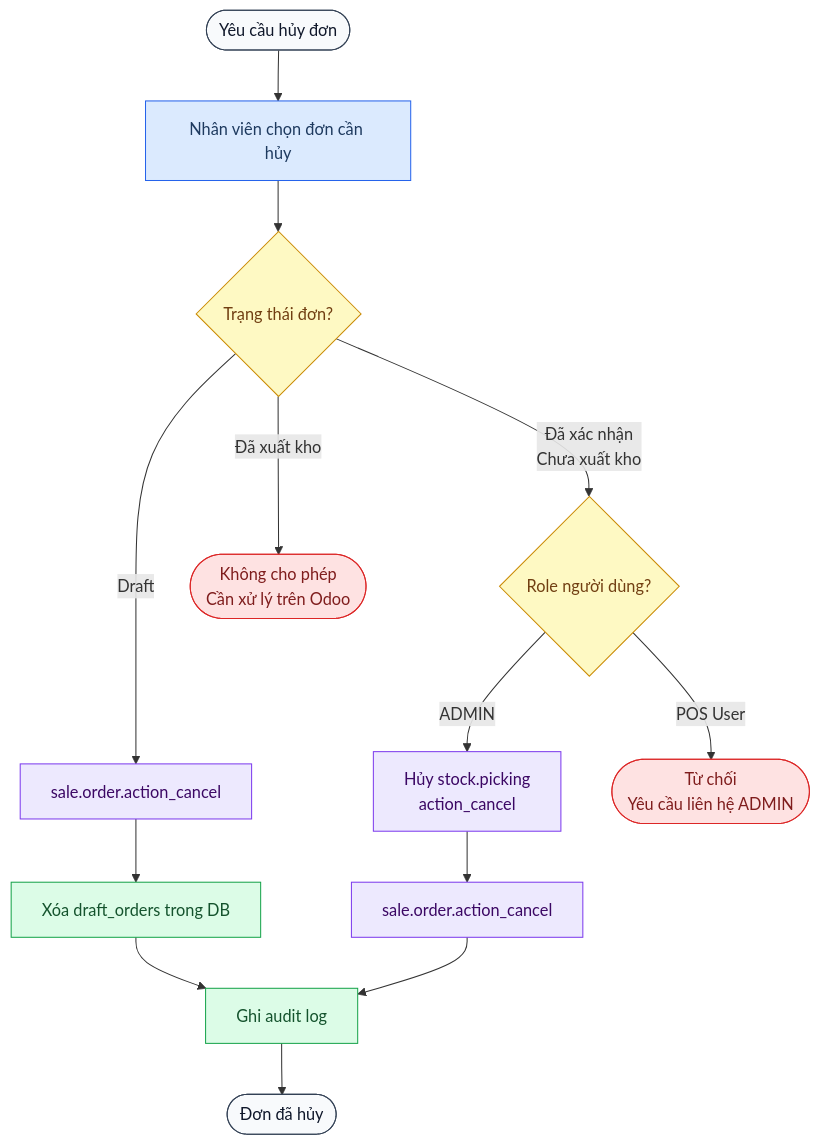
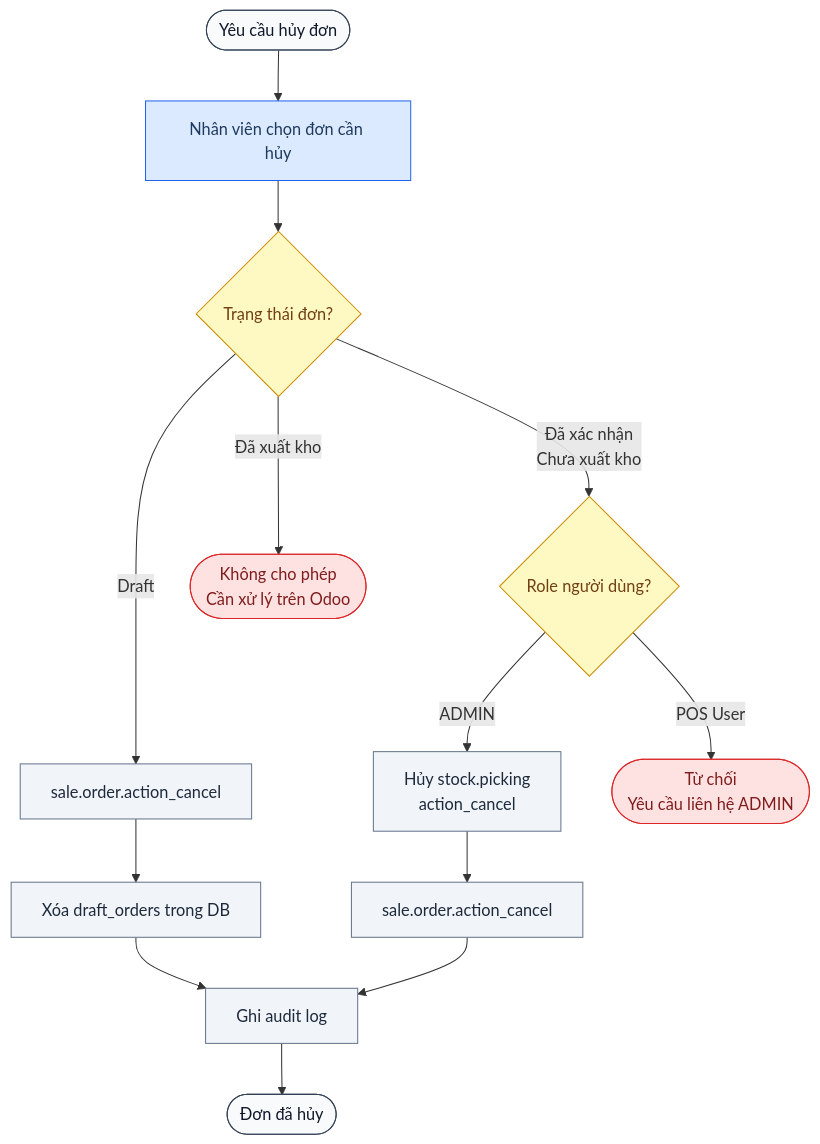
The fifth of 15 diagrams in process_flow.md (ngohuuduc/VJ_mobile_POS), drawn with Mermaid before and after one commit. The commit also changed other lines of this file and 2 other files, not shown here.

Commit message:
Update documentation: increment version and update last modified date for open questions, process flow, and scope documents

````diff
--- a/process_flow.md
+++ b/process_flow.md
@@ -213,23 +218,22 @@
 ```mermaid
 flowchart TD
     classDef user fill:#DBEAFE,stroke:#2563EB,color:#1e3a5f
     classDef system fill:#F1F5F9,stroke:#64748B,color:#1e293b
-    classDef odoo fill:#EDE9FE,stroke:#7C3AED,color:#3b0764
-    classDef db fill:#DCFCE7,stroke:#16A34A,color:#14532d
+    classDef accountant fill:#CCFBF1,stroke:#0D9488,color:#134E4A
     classDef decision fill:#FEF9C3,stroke:#CA8A04,color:#713f12
     classDef terminal fill:#F8FAFC,stroke:#334155,color:#0f172a
     classDef warning fill:#FEE2E2,stroke:#DC2626,color:#7f1d1d
 
     A([Yêu cầu hủy đơn]):::terminal --> B[Nhân viên chọn đơn cần hủy]:::user
     B --> C{Trạng thái đơn?}:::decision
-    C -- Draft --> D[sale.order.action_cancel]:::odoo
-    D --> E[Xóa draft_orders trong DB]:::db
-    E --> F[Ghi audit log]:::db
+    C -- Draft --> D[sale.order.action_cancel]:::system
+    D --> E[Xóa draft_orders trong DB]:::system
+    E --> F[Ghi audit log]:::system
     F --> G([Đơn đã hủy]):::terminal
     C -- Đã xác nhận\nChưa xuất kho --> H{Role người dùng?}:::decision
-    H -- ADMIN --> I[Hủy stock.picking\naction_cancel]:::odoo
-    I --> J[sale.order.action_cancel]:::odoo
+    H -- ADMIN --> I[Hủy stock.picking\naction_cancel]:::system
+    I --> J[sale.order.action_cancel]:::system
     J --> F
     H -- POS User --> K([Từ chối\nYêu cầu liên hệ ADMIN]):::warning
     C -- Đã xuất kho --> L([Không cho phép\nCần xử lý trên Odoo]):::warning
 ```
````
